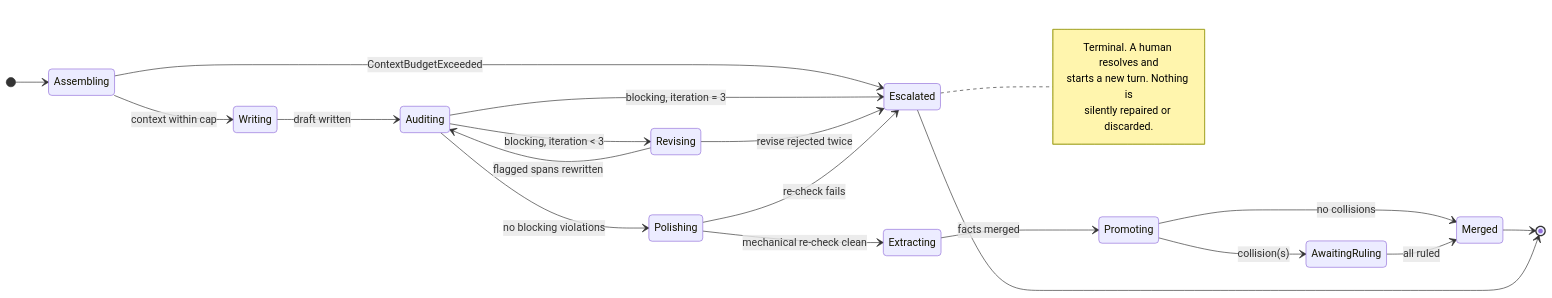
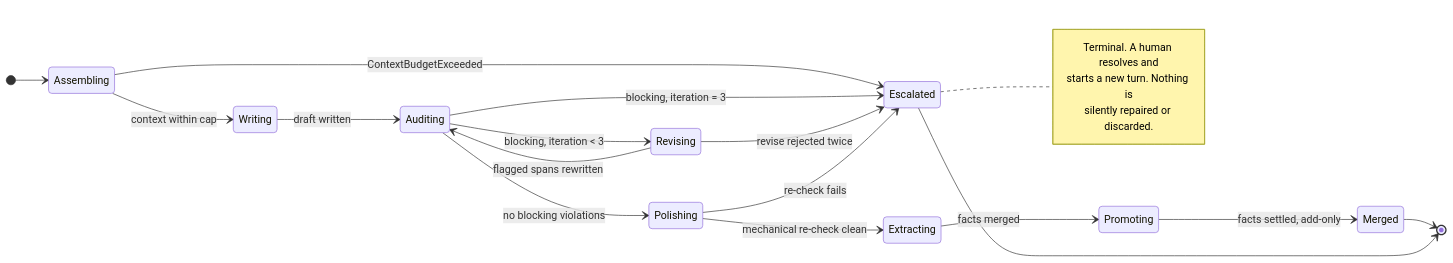
The second of 3 diagrams in specs/001-backend-foundation/001-backend-foundation.md (ignacio-hurtado-qaracter/My-Story-Marker), drawn with Mermaid before and after one commit. The commit also changed other lines of this file, not shown here.

First line of the commit message:
spec(001): revise for add-only promotion; approved on the user's delegation

````diff
--- a/specs/001-backend-foundation/001-backend-foundation.md
+++ b/specs/001-backend-foundation/001-backend-foundation.md
@@ -350,26 +353,24 @@
 ```mermaid
 stateDiagram-v2
   direction LR
   [*] --> Assembling
   Assembling --> Writing : context within cap
   Assembling --> Escalated : ContextBudgetExceeded
   Writing --> Auditing : draft written
   Auditing --> Polishing : no blocking violations
   Auditing --> Revising : blocking, iteration < 3
   Auditing --> Escalated : blocking, iteration = 3
   Revising --> Auditing : flagged spans rewritten
   Revising --> Escalated : revise rejected twice
   Polishing --> Extracting : mechanical re-check clean
   Polishing --> Escalated : re-check fails
   Extracting --> Promoting : facts merged
-  Promoting --> Merged : no collisions
-  Promoting --> AwaitingRuling : collision(s)
-  AwaitingRuling --> Merged : all ruled
+  Promoting --> Merged : facts settled, add-only
   Merged --> [*]
   Escalated --> [*]
   note right of Escalated
     Terminal. A human resolves and
     starts a new turn. Nothing is
     silently repaired or discarded.
   end note
 ```
````
